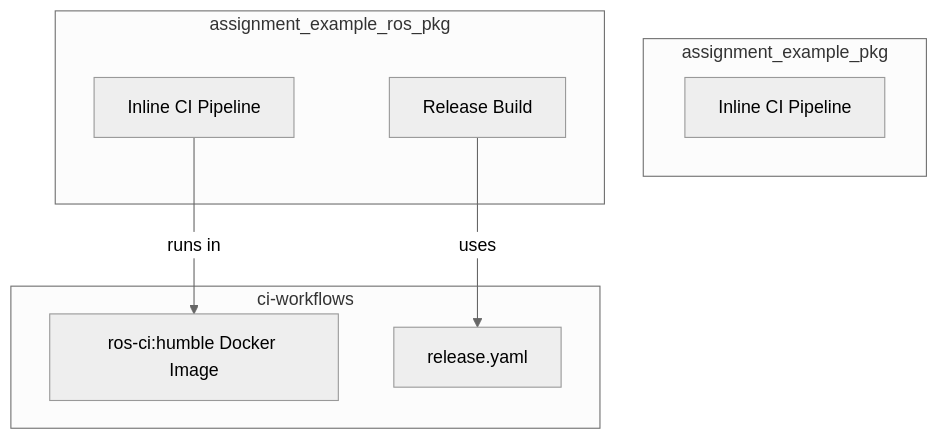
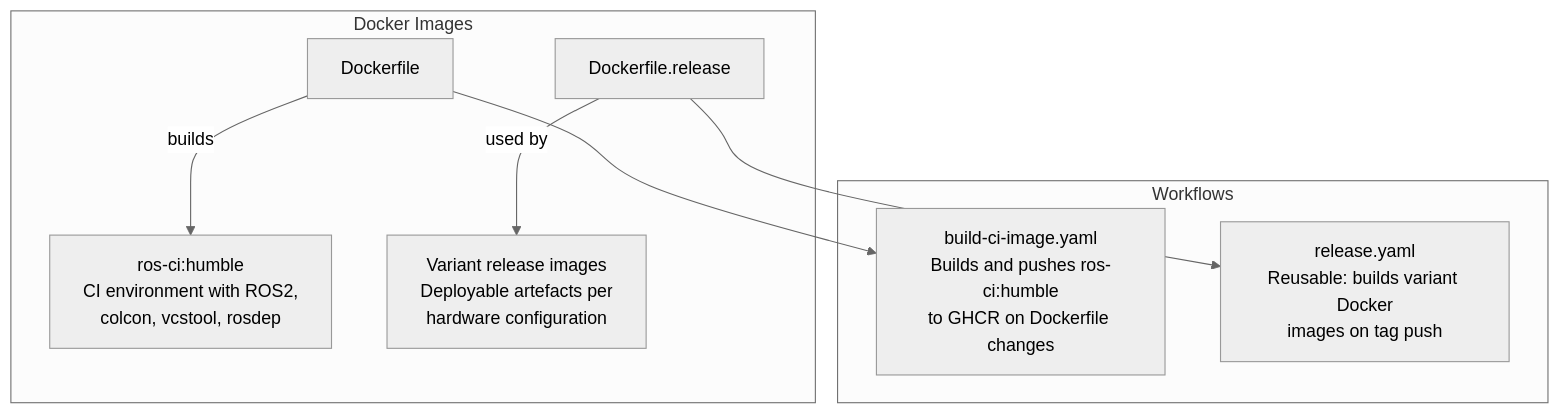
The diagram in README.md (calebjakemossey/ci-workflows), drawn with Mermaid (neutral theme) before and after one commit. The commit also changed other lines of this file, not shown here.

````diff
--- a/README.md
+++ b/README.md
@@ -9,16 +9,15 @@
 ```mermaid
 graph TB
-    subgraph ci-workflows
-        IMG[ros-ci:humble Docker Image]
-        REL[release.yaml]
+    subgraph "Docker Images"
+        DF[Dockerfile] -->|builds| CI_IMG[ros-ci:humble<br/>CI environment with ROS2,<br/>colcon, vcstool, rosdep]
+        DFR[Dockerfile.release] -->|used by| REL_IMG[Variant release images<br/>Deployable artefacts per<br/>hardware configuration]
     end
 
-    subgraph assignment_example_pkg
-        PY_CI[Inline CI Pipeline]
+    subgraph "Workflows"
+        BUILD[build-ci-image.yaml<br/>Builds and pushes ros-ci:humble<br/>to GHCR on Dockerfile changes]
+        RELEASE[release.yaml<br/>Reusable: builds variant Docker<br/>images on tag push]
     end
 
-    subgraph assignment_example_ros_pkg
-        ROS_CI[Inline CI Pipeline] -->|runs in| IMG
-        RELEASE[Release Build] -->|uses| REL
-    end
+    DF --> BUILD
+    DFR --> RELEASE
 ```
````
